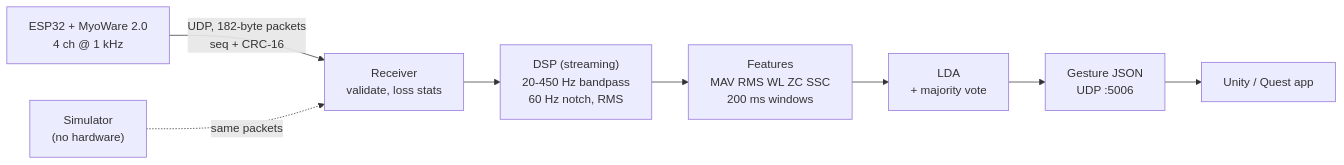
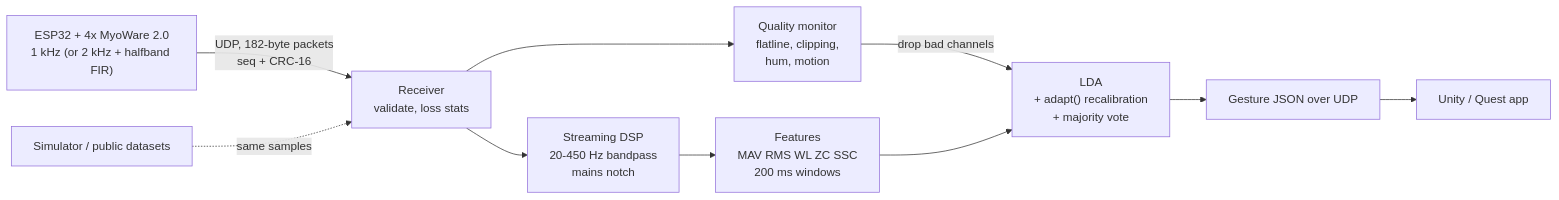
The diagram in README.md (ethsanders/myobridge), drawn with Mermaid before and after one commit. The commit also changed other lines of this file and 7 other files, not shown here.

````diff
--- a/README.md
+++ b/README.md
@@ -12,10 +75,12 @@
 ```mermaid
 flowchart LR
-    A["ESP32 + MyoWare 2.0<br/>4 ch @ 1 kHz"] -- "UDP, 182-byte packets<br/>seq + CRC-16" --> B["Receiver<br/>validate, loss stats"]
-    S["Simulator<br/>(no hardware)"] -. "same packets" .-> B
-    B --> C["DSP (streaming)<br/>20-450 Hz bandpass<br/>60 Hz notch, RMS"]
+    A["ESP32 + 4x MyoWare 2.0<br/>1 kHz (or 2 kHz + halfband FIR)"] -- "UDP, 182-byte packets<br/>seq + CRC-16" --> B["Receiver<br/>validate, loss stats"]
+    S["Simulator / public datasets"] -. "same samples" .-> B
+    B --> Q["Quality monitor<br/>flatline, clipping,<br/>hum, motion"]
+    B --> C["Streaming DSP<br/>20-450 Hz bandpass<br/>mains notch"]
     C --> D["Features<br/>MAV RMS WL ZC SSC<br/>200 ms windows"]
-    D --> E["LDA<br/>+ majority vote"]
-    E --> F["Gesture JSON<br/>UDP :5006"]
+    Q -- "drop bad channels" --> E
+    D --> E["LDA<br/>+ adapt() recalibration<br/>+ majority vote"]
+    E --> F["Gesture JSON over UDP"]
     F --> G["Unity / Quest app"]
 ```
````
